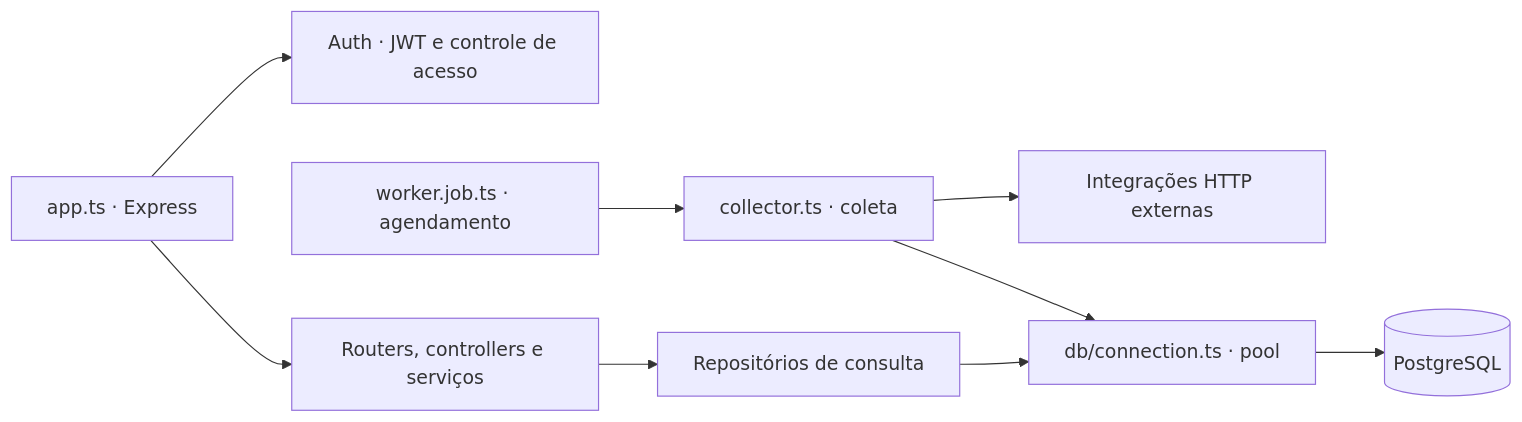
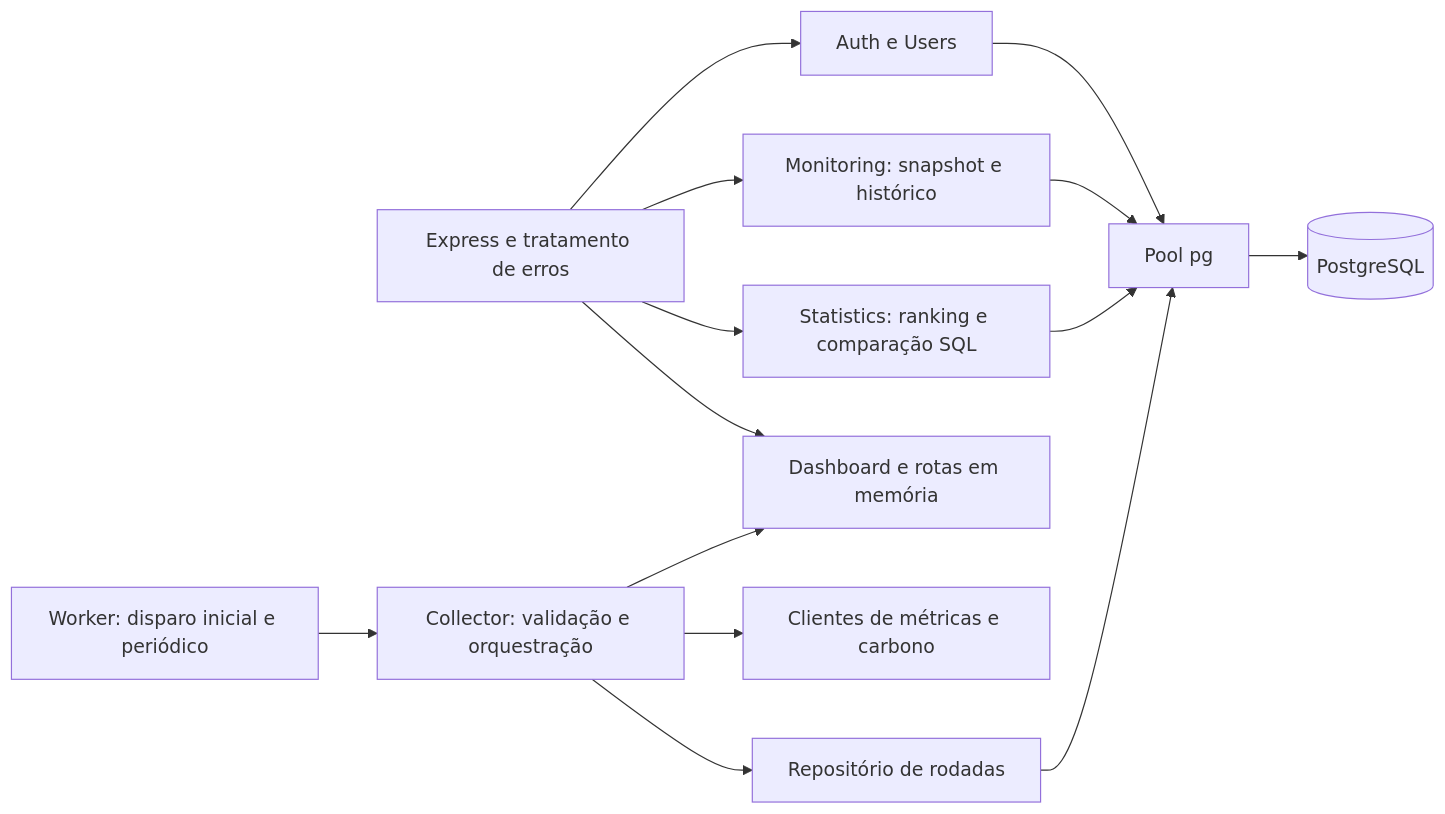
The third of 5 diagrams in docs/arquitetura.md (pentascripts-organization/EcoByteMetrics), drawn with Mermaid before and after one commit. The commit also changed other lines of this file and 11 other files, not shown here.

````diff
--- a/docs/arquitetura.md
+++ b/docs/arquitetura.md
@@ -29,11 +29,16 @@
 ```mermaid
 flowchart LR
-    App["app.ts · Express"] --> Auth["Auth · JWT e controle de acesso"]
-    App --> R["Routers, controllers e serviços"]
-    R --> Q["Repositórios de consulta"]
-    W["worker.job.ts · agendamento"] --> Col["collector.ts · coleta"]
-    Col --> Ext["Integrações HTTP externas"]
-    Q --> Pool["db/connection.ts · pool"]
-    Col --> Pool
+    HTTP["Express e tratamento de erros"] --> Auth["Auth e Users"]
+    HTTP --> Monitor["Monitoring: snapshot e histórico"]
+    HTTP --> Stats["Statistics: ranking e comparação SQL"]
+    HTTP --> Cache["Dashboard e rotas em memória"]
+    Worker["Worker: disparo inicial e periódico"] --> Collector["Collector: validação e orquestração"]
+    Collector --> APIs["Clientes de métricas e carbono"]
+    Collector --> Write["Repositório de rodadas"]
+    Collector --> Cache
+    Auth --> Pool["Pool pg"]
+    Monitor --> Pool
+    Stats --> Pool
+    Write --> Pool
     Pool --> Pg[("PostgreSQL")]
 ```
````
